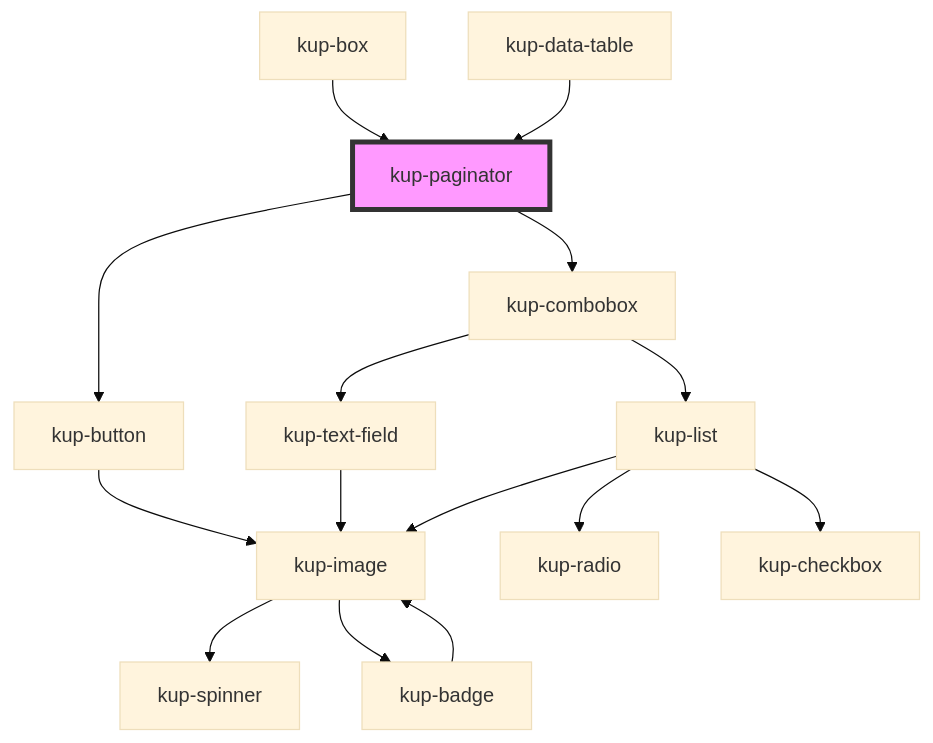
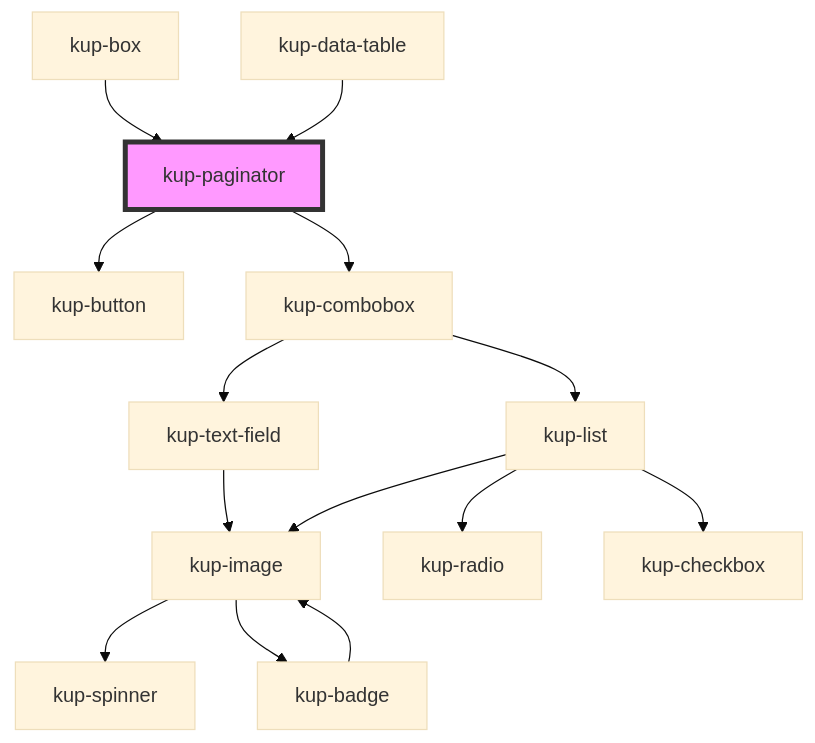
Before and after one commit to smeup/ketchup: the diagram in packages/ketchup/src/components/kup-paginator/readme.md, drawn with Mermaid (base theme). The commit also changed 17 other files, not shown here.

Commit message:
Removed kup-image from kup-button.

````diff
--- a/packages/ketchup/src/components/kup-paginator/readme.md
+++ b/packages/ketchup/src/components/kup-paginator/readme.md
@@ -51,18 +51,17 @@
 ```mermaid
 graph TD;
   kup-paginator --> kup-button
   kup-paginator --> kup-combobox
-  kup-button --> kup-image
+  kup-combobox --> kup-text-field
+  kup-combobox --> kup-list
+  kup-text-field --> kup-image
   kup-image --> kup-spinner
   kup-image --> kup-badge
   kup-badge --> kup-image
-  kup-combobox --> kup-text-field
-  kup-combobox --> kup-list
-  kup-text-field --> kup-image
   kup-list --> kup-image
   kup-list --> kup-radio
   kup-list --> kup-checkbox
   kup-box --> kup-paginator
   kup-data-table --> kup-paginator
   style kup-paginator fill:#f9f,stroke:#333,stroke-width:4px
 ```
````
